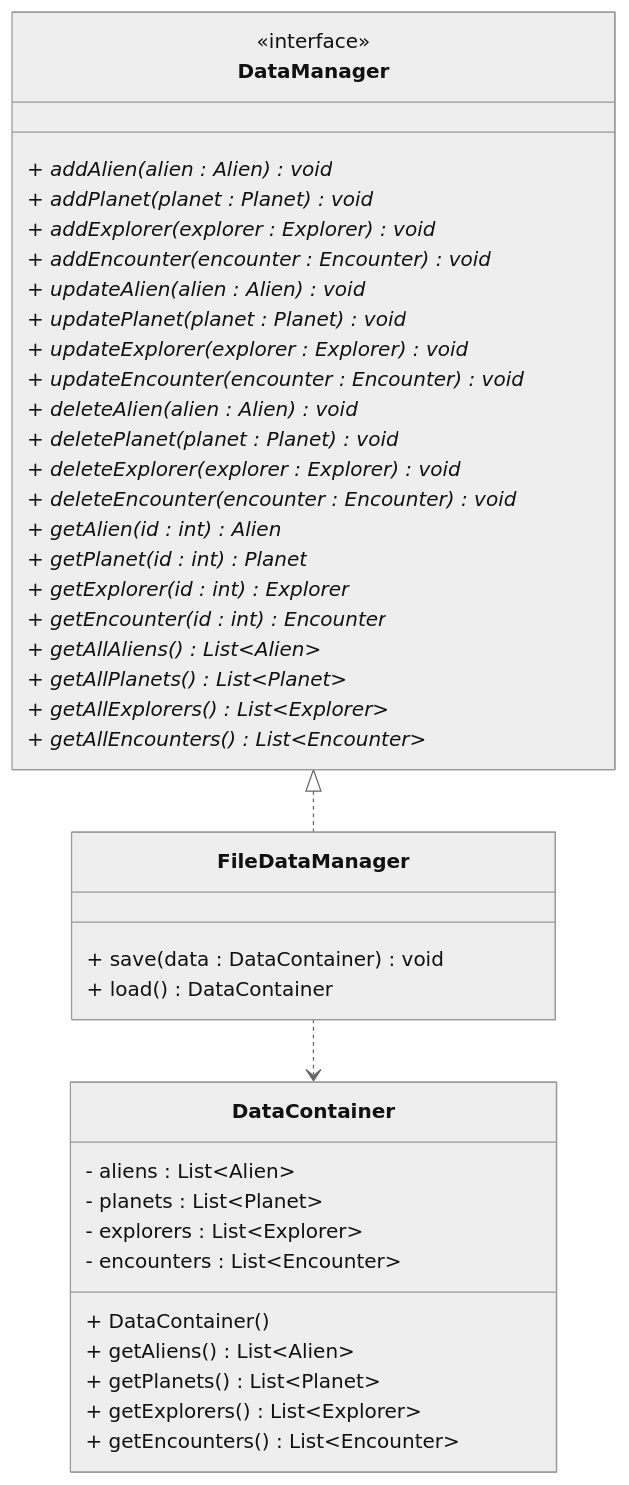
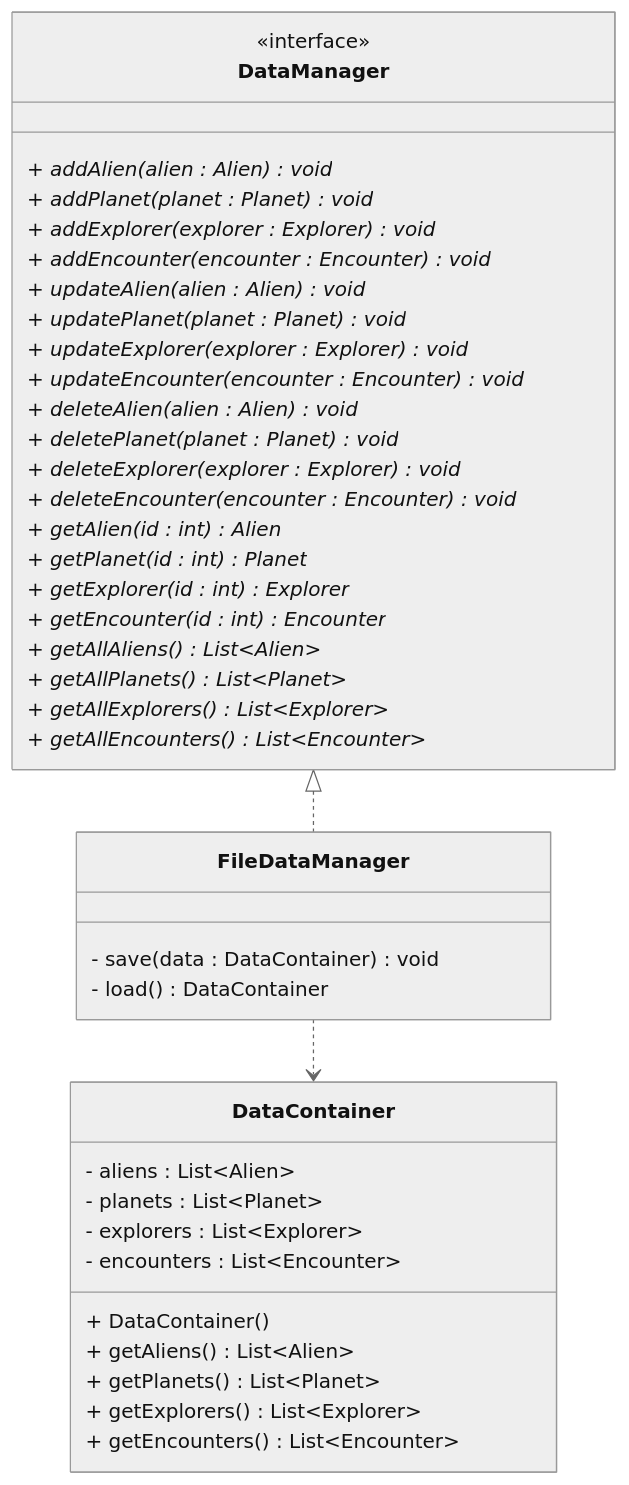
Before and after one commit to TroelsMortensen/Codelabs2: the second of 2 diagrams in Articles/Session 20 - Application design/006 Persistence overview.md, drawn with Mermaid (neutral theme). The commit also changed 3 other files, not shown here.

````diff
--- a/Articles/Session 20 - Application design/006 Persistence overview.md
+++ b/Articles/Session 20 - Application design/006 Persistence overview.md
@@ -39,46 +39,46 @@
 ```mermaid
 classDiagram
     class DataManager {
         <<interface>>
         + addAlien(alien : Alien)* void
         + addPlanet(planet : Planet)* void
         + addExplorer(explorer : Explorer)* void
         + addEncounter(encounter : Encounter)* void
         + updateAlien(alien : Alien)* void
         + updatePlanet(planet : Planet)* void
         + updateExplorer(explorer : Explorer)* void
         + updateEncounter(encounter : Encounter)* void
         + deleteAlien(alien : Alien)* void
         + deletePlanet(planet : Planet)* void
         + deleteExplorer(explorer : Explorer)* void
         + deleteEncounter(encounter : Encounter)* void
         + getAlien(id : int)* Alien
         + getPlanet(id : int)* Planet
         + getExplorer(id : int)* Explorer
         + getEncounter(id : int)* Encounter
         + getAllAliens()* List~Alien~
         + getAllPlanets()* List~Planet~
         + getAllExplorers()* List~Explorer~
         + getAllEncounters()* List~Encounter~
     }
 
     class FileDataManager {
-        + save(data : DataContainer) void
-        + load() DataContainer
+        - save(data : DataContainer) void
+        - load() DataContainer
     }
 
     class DataContainer {
         - aliens : List~Alien~
         - planets : List~Planet~
         - explorers : List~Explorer~
         - encounters : List~Encounter~
         + DataContainer()
         + getAliens() List~Alien~
         + getPlanets() List~Planet~
         + getExplorers() List~Explorer~
         + getEncounters() List~Encounter~
     }
     
     DataManager <|.. FileDataManager
     FileDataManager ..> DataContainer 
 ```
````
